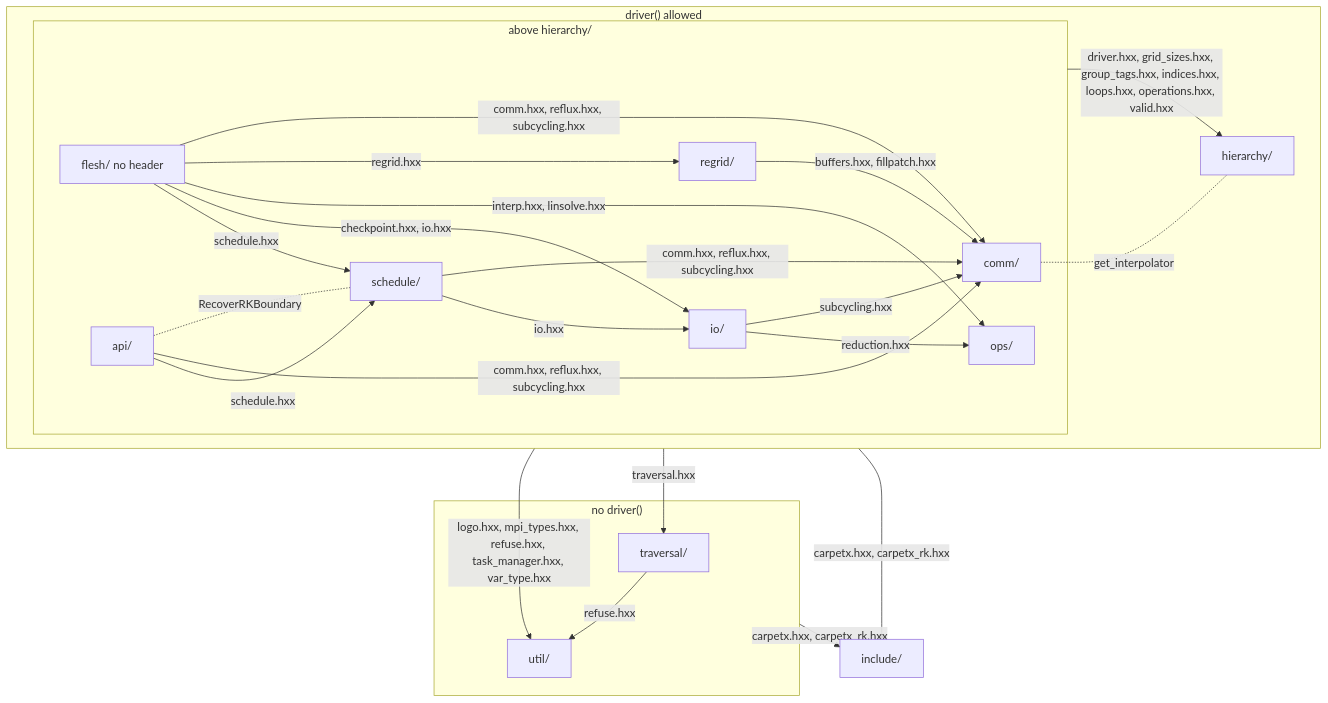
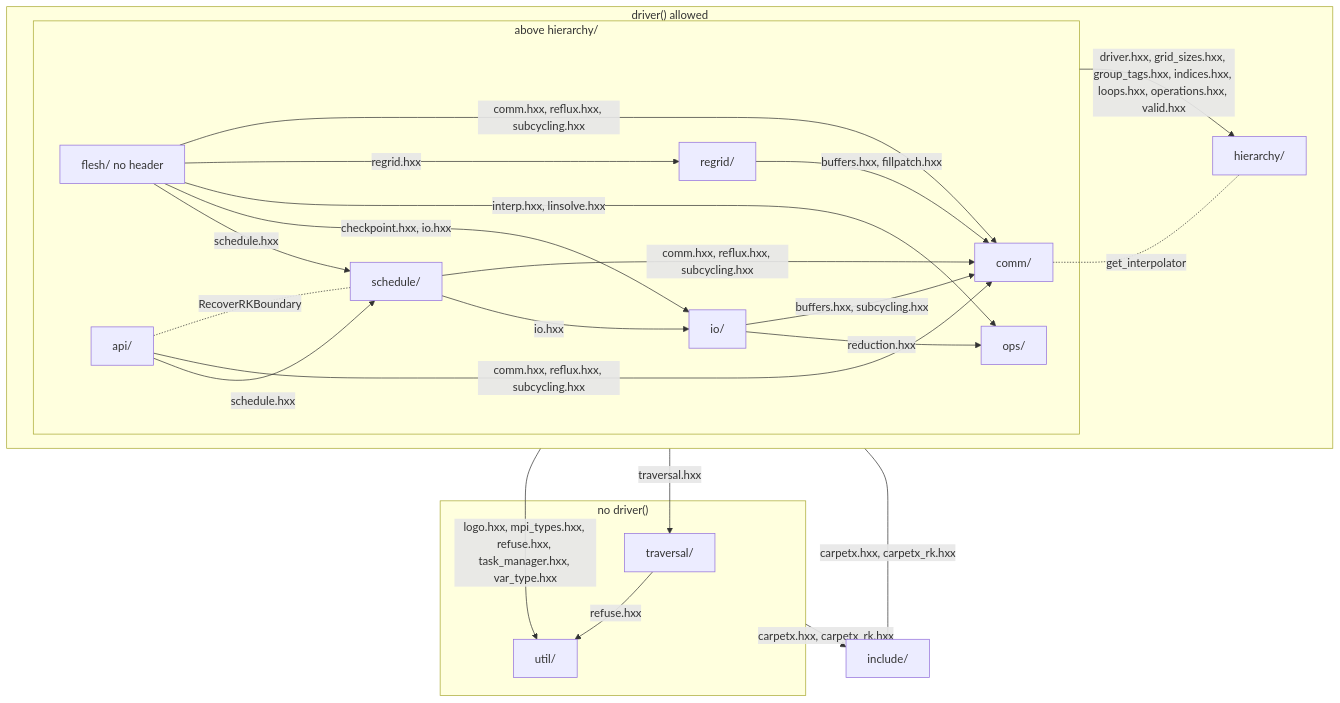
One commit to lwJi/CarpetX changed the first of 3 diagrams in agent_docs/carpetx-internals.md. Above: the diagram before and after it, drawn with Mermaid. The commit also changed 7 other files, not shown here.

````diff
--- a/agent_docs/carpetx-internals.md
+++ b/agent_docs/carpetx-internals.md
@@ -7,40 +7,40 @@
 ```mermaid
 flowchart TB
   subgraph door["driver() allowed"]
     subgraph above["above hierarchy/"]
       flesh["flesh/ no header"]
       api["api/"]
       schedule["schedule/"]
       io["io/"]
       ops["ops/"]
       regrid["regrid/"]
       comm["comm/"]
     end
     hierarchy["hierarchy/"]
   end
   subgraph nodoor["no driver()"]
     traversal["traversal/"]
     util["util/"]
   end
   include["include/"]
   flesh -- "schedule.hxx" --> schedule
   flesh -- "checkpoint.hxx, io.hxx" --> io
   flesh -- "interp.hxx, linsolve.hxx" --> ops
   flesh -- "regrid.hxx" --> regrid
   flesh -- "comm.hxx, reflux.hxx, subcycling.hxx" --> comm
   api -- "schedule.hxx" --> schedule
   api -- "comm.hxx, reflux.hxx, subcycling.hxx" --> comm
   schedule -- "io.hxx" --> io
   schedule -- "comm.hxx, reflux.hxx, subcycling.hxx" --> comm
   io -- "reduction.hxx" --> ops
-  io -- "subcycling.hxx" --> comm
+  io -- "buffers.hxx, subcycling.hxx" --> comm
   regrid -- "buffers.hxx, fillpatch.hxx" --> comm
   traversal -- "refuse.hxx" --> util
   above -- "driver.hxx, grid_sizes.hxx, group_tags.hxx, indices.hxx, loops.hxx, operations.hxx, valid.hxx" --> hierarchy
   door -- "traversal.hxx" --> traversal
   door -- "logo.hxx, mpi_types.hxx, refuse.hxx, task_manager.hxx, var_type.hxx" --> util
   door -- "carpetx.hxx, carpetx_rk.hxx" --> include
   nodoor -- "carpetx.hxx, carpetx_rk.hxx" --> include
   comm -. "get_interpolator" .- hierarchy
   api -. "RecoverRKBoundary" .- schedule
 ```
````
